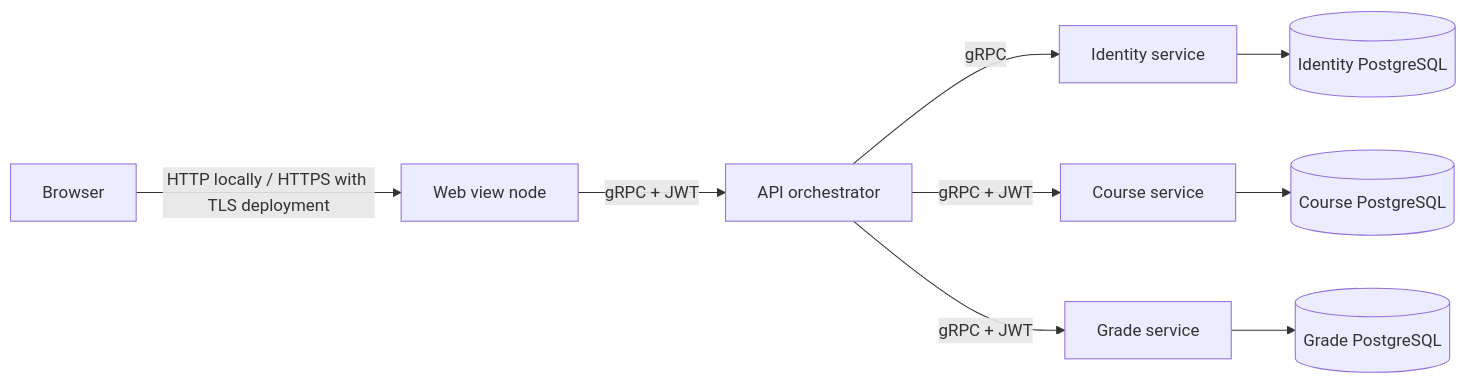
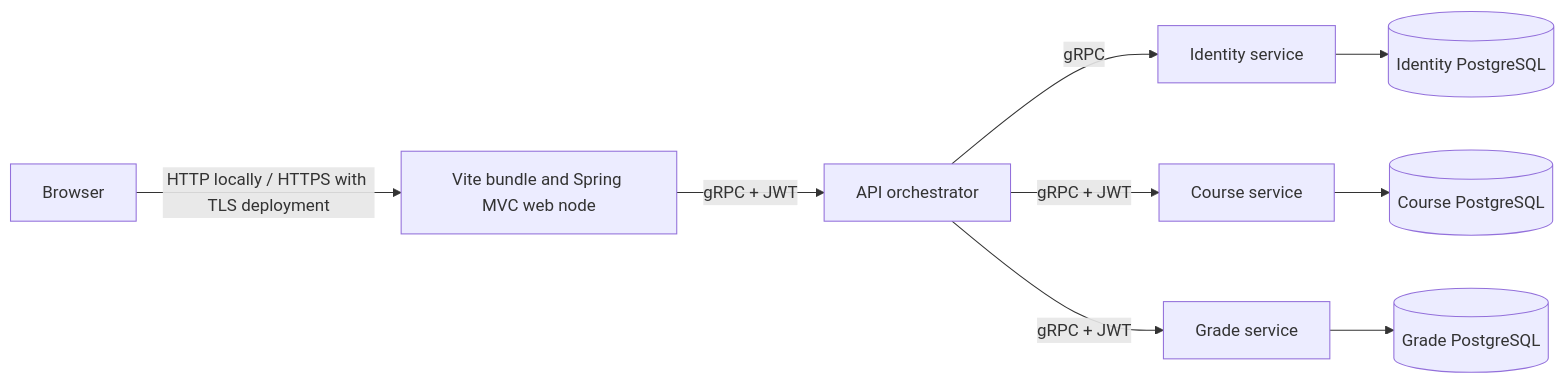
Before and after one commit to chiwasushuba/STDISCMP4: the diagram in docs/architecture.md, drawn with Mermaid. The commit also changed other lines of this file and 43 other files, not shown here.

````diff
--- a/docs/architecture.md
+++ b/docs/architecture.md
@@ -9,11 +9,11 @@
 ```mermaid
 flowchart LR
-  Browser -->|HTTP locally / HTTPS with TLS deployment| Web[Web view node]
+  Browser -->|HTTP locally / HTTPS with TLS deployment| Web[Vite bundle and Spring MVC web node]
   Web -->|gRPC + JWT| API[API orchestrator]
   API -->|gRPC| Identity[Identity service]
   API -->|gRPC + JWT| Courses[Course service]
   API -->|gRPC + JWT| Grades[Grade service]
   Identity --> IDB[(Identity PostgreSQL)]
   Courses --> CDB[(Course PostgreSQL)]
   Grades --> GDB[(Grade PostgreSQL)]
 ```
````
